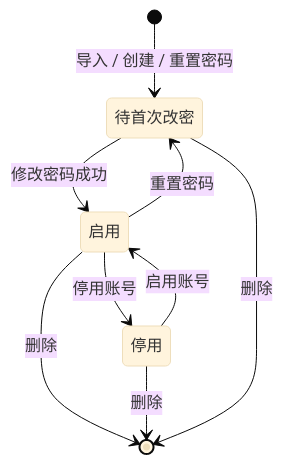
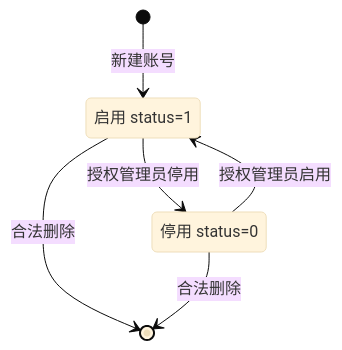
One commit to wenjiu-leng66/OO-d changed the first of 3 diagrams in docs/uml/state-diagrams.md. Above: the diagram before and after it, drawn with Mermaid (base theme). The commit also changed other lines of this file and 41 other files, not shown here.

````diff
--- a/docs/uml/state-diagrams.md
+++ b/docs/uml/state-diagrams.md
@@ -9,15 +7,10 @@
 ```mermaid
 stateDiagram-v2
-  state "待首次改密" as PendingPassword
-  state "启用" as Enabled
-  state "停用" as Disabled
-
-  [*] --> PendingPassword : 导入 / 创建 / 重置密码
-  PendingPassword --> Enabled : 修改密码成功
-  Enabled --> PendingPassword : 重置密码
-  Enabled --> Disabled : 停用账号
-  Disabled --> Enabled : 启用账号
-  Enabled --> [*] : 删除
-  Disabled --> [*] : 删除
-  PendingPassword --> [*] : 删除
+  state "启用 status=1" as Enabled
+  state "停用 status=0" as Disabled
+  [*] --> Enabled : 新建账号
+  Enabled --> Disabled : 授权管理员停用
+  Disabled --> Enabled : 授权管理员启用
+  Enabled --> [*] : 合法删除
+  Disabled --> [*] : 合法删除
 ```
````
